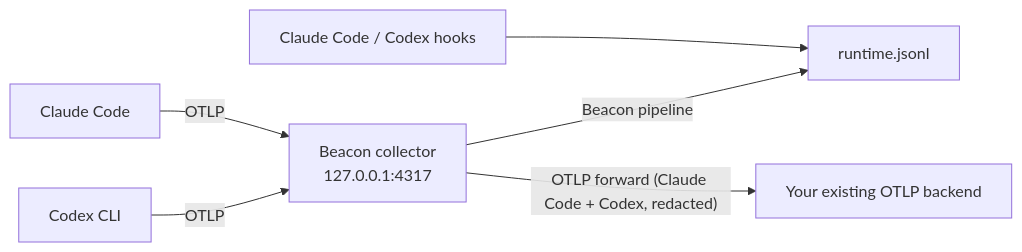
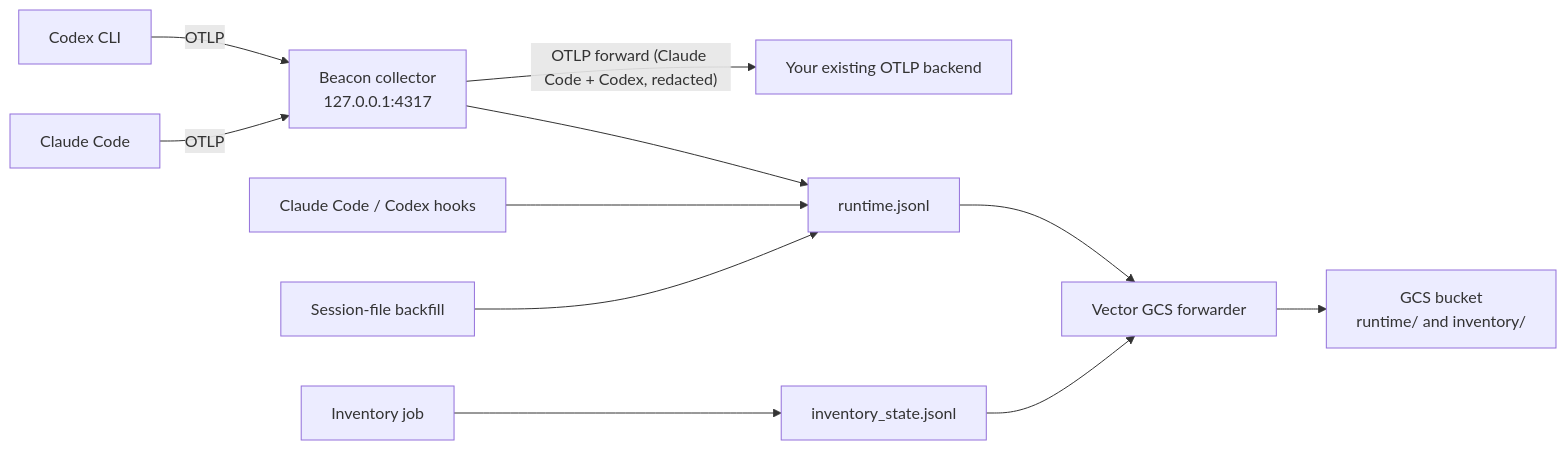
The diagram in docs/guides/kandji-otlp-forward-mdm.mdx (Asymptote-Labs/agent-beacon), drawn with Mermaid before and after one commit. The commit also changed other lines of this file and 5 other files, not shown here.

````diff
--- a/docs/guides/kandji-otlp-forward-mdm.mdx
+++ b/docs/guides/kandji-otlp-forward-mdm.mdx
@@ -12,8 +12,13 @@
 ```mermaid
 flowchart LR
   Claude[Claude Code] -->|OTLP| Collector["Beacon collector<br/>127.0.0.1:4317"]
   Codex[Codex CLI] -->|OTLP| Collector
-  ClaudeHooks[Claude Code / Codex hooks] --> RuntimeLog["runtime.jsonl"]
-  Collector -->|Beacon pipeline| RuntimeLog
+  Hooks[Claude Code / Codex hooks] --> RuntimeLog["runtime.jsonl"]
+  Sync[Session-file backfill] --> RuntimeLog
+  Collector --> RuntimeLog
+  InventoryJob[Inventory job] --> InventoryLog["inventory_state.jsonl"]
+  RuntimeLog --> Vector[Vector GCS forwarder]
+  InventoryLog --> Vector
+  Vector --> GCS["GCS bucket<br/>runtime/ and inventory/"]
   Collector -->|"OTLP forward (Claude Code + Codex, redacted)"| Backend["Your existing OTLP backend"]
 ```
````
